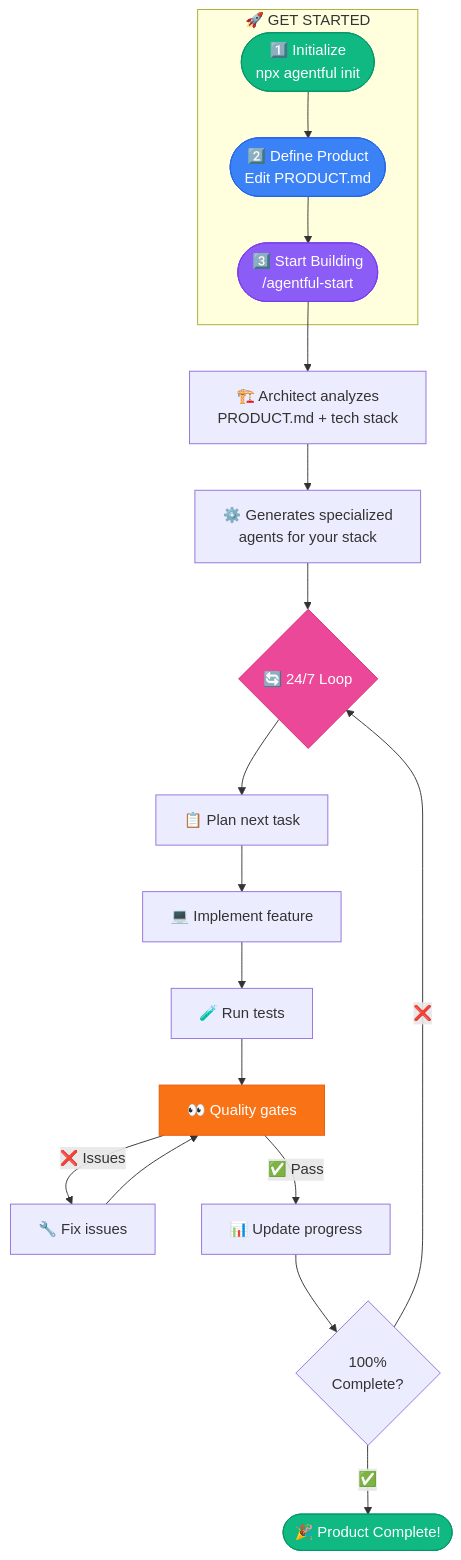
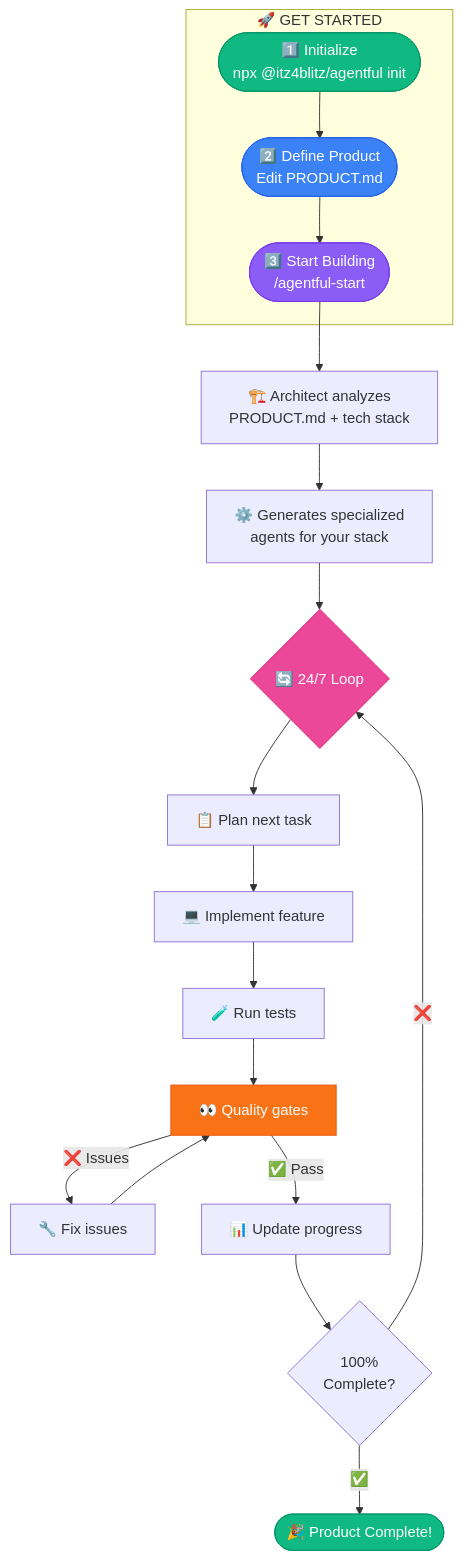
Before and after one commit to itz4blitz/agentful: the diagram in docs/pages/index.mdx, drawn with Mermaid. The commit also changed other lines of this file and 97 other files, not shown here.

````diff
--- a/docs/pages/index.mdx
+++ b/docs/pages/index.mdx
@@ -34,45 +36,45 @@
 ```mermaid
 flowchart TB
     subgraph Setup["🚀 GET STARTED"]
-        Init([1️⃣ Initialize<br/>npx agentful init])
+        Init([1️⃣ Initialize<br/>npx @itz4blitz/agentful init])
         Define([2️⃣ Define Product<br/>Edit PRODUCT.md])
         Start([3️⃣ Start Building<br/>/agentful-start])
 
         Init --> Define
         Define --> Start
     end
 
     Start --> Analyze[🏗️ Architect analyzes<br/>PRODUCT.md + tech stack]
 
     Analyze --> Generate[⚙️ Generates specialized<br/>agents for your stack]
 
     Generate --> Loop{🔄 24/7 Loop}
 
     Loop --> Plan[📋 Plan next task]
     Plan --> Implement[💻 Implement feature]
     Implement --> Test[🧪 Run tests]
     Test --> Review[👀 Quality gates]
 
     Review -->|❌ Issues| Fix[🔧 Fix issues]
     Fix --> Review
 
     Review -->|✅ Pass| Update[📊 Update progress]
     Update --> Check{100%<br>Complete?}
     Check -->|❌| Loop
 
     Check -->|✅| Done([🎉 Product Complete!])
 
     classDef initStyle fill:#10b981,stroke:#059669,color:#fff
     classDef defineStyle fill:#3b82f6,stroke:#2563eb,color:#fff
     classDef startStyle fill:#8b5cf6,stroke:#7c3aed,color:#fff
     classDef loopStyle fill:#ec4899,stroke:#db2777,color:#fff
     classDef reviewStyle fill:#f97316,stroke:#ea580c,color:#fff
     classDef doneStyle fill:#10b981,stroke:#059669,color:#fff
 
     class Init initStyle
     class Define defineStyle
     class Start startStyle
     class Loop loopStyle
     class Review reviewStyle
     class Done doneStyle
 ```
````
